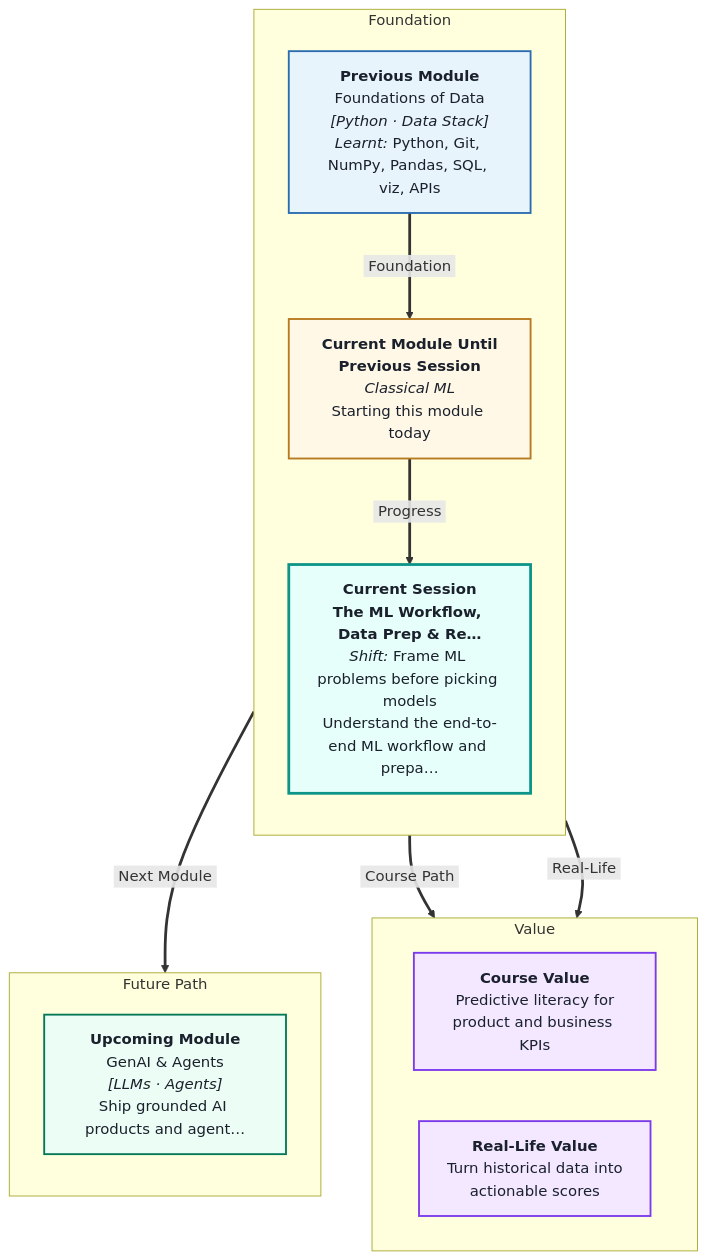
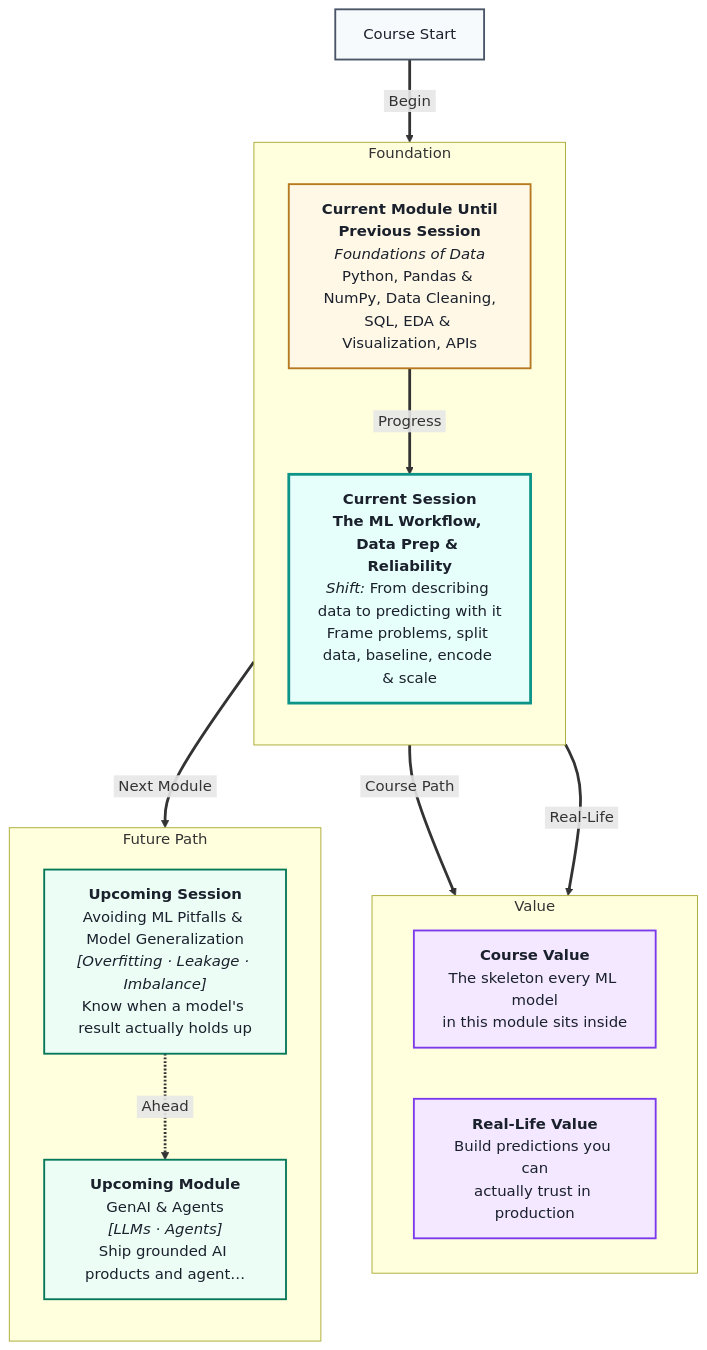
Before and after one commit to ritzrmx/Masai_Curriculum: the diagram in IITP_AIML_Regional/IITP-AIMLTN-2605/Module 2- Classical ML/Session 1- The ML Workflow, Data Prep & Reliability/mental Map: The ML Workflow, Data Prep & Reliability.md, drawn with Mermaid. The commit also changed 47 other files, not shown here.

First line of the commit message:
Regenerate Module 2 (Classical ML) lecture scripts, mental maps & coding problems

````diff
--- a/IITP_AIML_Regional/IITP-AIMLTN-2605/Module 2- Classical ML/Session 1- The ML Workflow, Data Prep & Reliability/mental Map: The ML Workflow, Data Prep & Reliability.md
+++ b/IITP_AIML_Regional/IITP-AIMLTN-2605/Module 2- Classical ML/Session 1- The ML Workflow, Data Prep & Reliability/mental Map: The ML Workflow, Data Prep & Reliability.md
@@ -1,41 +1,42 @@
 ```mermaid
 %%{init: {'flowchart': {'nodeSpacing': 55, 'rankSpacing': 65, 'diagramPadding': 24}}}%%
 flowchart TB
 linkStyle default stroke-width:3px
 
 subgraph foundation[" Foundation "]
 direction TB
-    P0["<b>Previous Module</b><br/>Foundations of Data<br/><i>[Python · Data Stack]</i><br/><i>Learnt:</i> Python, Git, NumPy, Pandas, SQL, viz, APIs"]
-    CURMOD["<b>Current Module Until<br/>Previous Session</b><br/><i>Classical ML</i><br/>Starting this module today"]
-    CURSES["<b>Current Session</b><br/><b>The ML Workflow, Data Prep & Re…</b><br/><i>Shift:</i> Frame ML problems before picking models<br/>Understand the end-to-end ML workflow and prepa…"]
+    CURMOD["<b>Current Module Until<br/>Previous Session</b><br/><i>Foundations of Data</i><br/>Python, Pandas & NumPy, Data Cleaning,<br/>SQL, EDA & Visualization, APIs"]
+    CURSES["<b>Current Session</b><br/><b>The ML Workflow, Data Prep & Reliability</b><br/><i>Shift:</i> From describing data to predicting with it<br/>Frame problems, split data, baseline, encode & scale"]
 end
 
 subgraph value[" Value "]
 direction LR
-    CVAL["<b>Course Value</b><br/>Predictive literacy for<br/>product and business KPIs"]
-    RVAL["<b>Real-Life Value</b><br/>Turn historical data into<br/>actionable scores"]
+    CVAL["<b>Course Value</b><br/>The skeleton every ML model<br/>in this module sits inside"]
+    RVAL["<b>Real-Life Value</b><br/>Build predictions you can<br/>actually trust in production"]
 end
 
 subgraph future[" Future Path "]
 direction TB
-    U0["<b>Upcoming Module</b><br/>GenAI & Agents<br/><i>[LLMs · Agents]</i><br/>Ship grounded AI products and agent…"]
+    U0["<b>Upcoming Session</b><br/>Avoiding ML Pitfalls & Model Generalization<br/><i>[Overfitting · Leakage · Imbalance]</i><br/>Know when a model's result actually holds up"]
+    U1["<b>Upcoming Module</b><br/>GenAI & Agents<br/><i>[LLMs · Agents]</i><br/>Ship grounded AI products and agent…"]
 end
 
-P0 ==>|&nbsp;Foundation&nbsp;| CURMOD
+START["Course Start"] ==>|&nbsp;Begin&nbsp;| CURMOD
 CURMOD ==>|&nbsp;Progress&nbsp;| CURSES
 CURSES ==>|&nbsp;Course Path&nbsp;| CVAL
 CURSES ==>|&nbsp;Real-Life&nbsp;| RVAL
 CURSES ==>|&nbsp;Next Module&nbsp;| U0
+U0 -.->|&nbsp;Ahead&nbsp;| U1
 
 classDef prevBox fill:#E8F4FC,stroke:#2B6CB0,stroke-width:2px,color:#1A202C
 classDef curModBox fill:#FFF8E6,stroke:#B7791F,stroke-width:2px,color:#1A202C
 classDef curSessBox fill:#E6FFFA,stroke:#0D9488,stroke-width:3px,color:#1A202C
 classDef valueBox fill:#F3E8FF,stroke:#7C3AED,stroke-width:2px,color:#1A202C
 classDef futureBox fill:#ECFDF5,stroke:#047857,stroke-width:2px,color:#1A202C
 classDef startBox fill:#F7FAFC,stroke:#4A5568,stroke-width:2px,color:#1A202C
-class P0 prevBox
+class START startBox
 class CURMOD curModBox
 class CURSES curSessBox
 class CVAL,RVAL valueBox
-class U0 futureBox
+class U0,U1 futureBox
 ```
````
